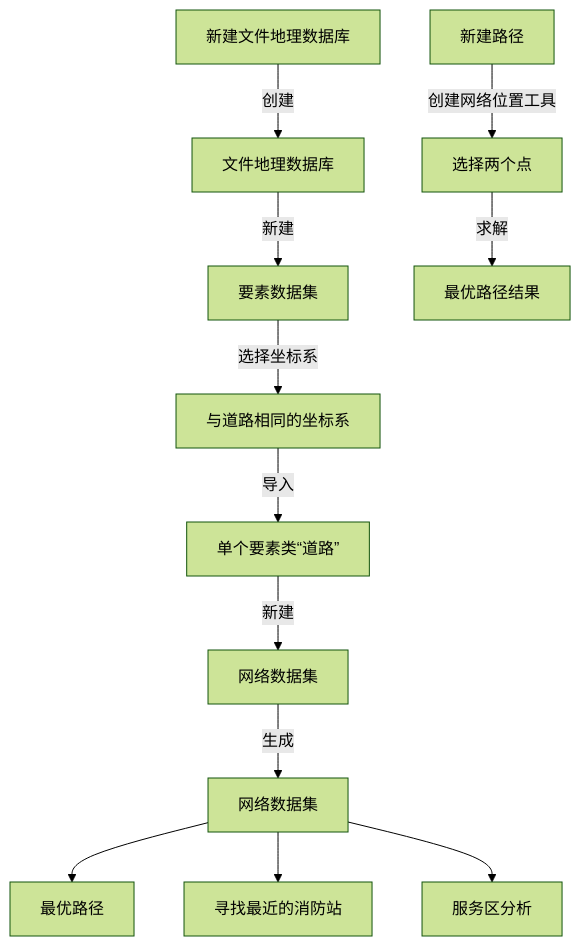
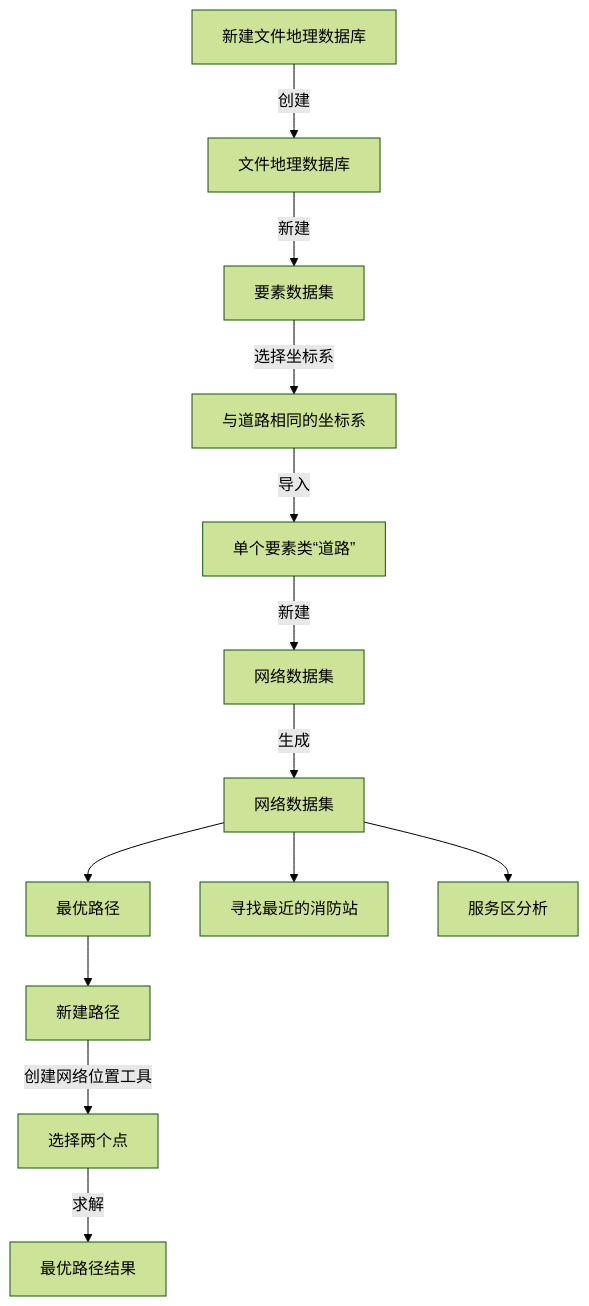
One commit to newguser/iodraw-files changed the diagram in all/未命名.md. Above: the diagram before and after it, drawn with Mermaid (forest theme).

Commit message:
2025-02-27 21:16:09 update

````diff
--- a/all/未命名.md
+++ b/all/未命名.md
@@ -1,15 +1,15 @@
 ```mermaid
 graph TD
     A[新建文件地理数据库] -->|创建| B[文件地理数据库]
     B -->|新建| C[要素数据集]
     C -->|选择坐标系| D[与道路相同的坐标系]
     D -->|导入| E[单个要素类“道路”]
     E -->|新建| F[网络数据集]
     F -->|生成| G[网络数据集]
     G[网络数据集] -->H[最优路径]
     G[网络数据集] -->I[寻找最近的消防站]
     G[网络数据集] -->J[服务区分析]
-    H[最优路径]
+    H[最优路径]-->H1[新建路径]
     H1[新建路径] -->|创建网络位置工具| H2[选择两个点]
         H2 -->|求解| H3[最优路径结果]
 ```
````
